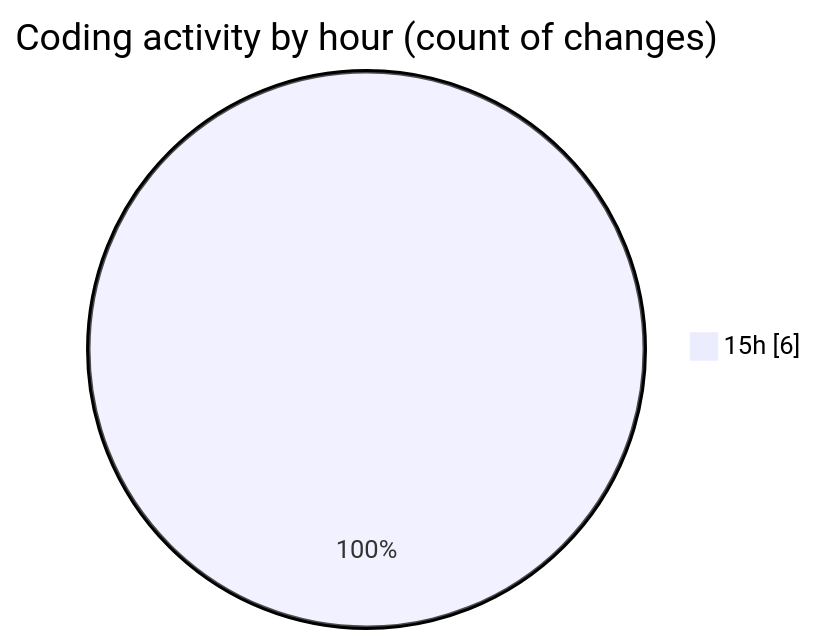
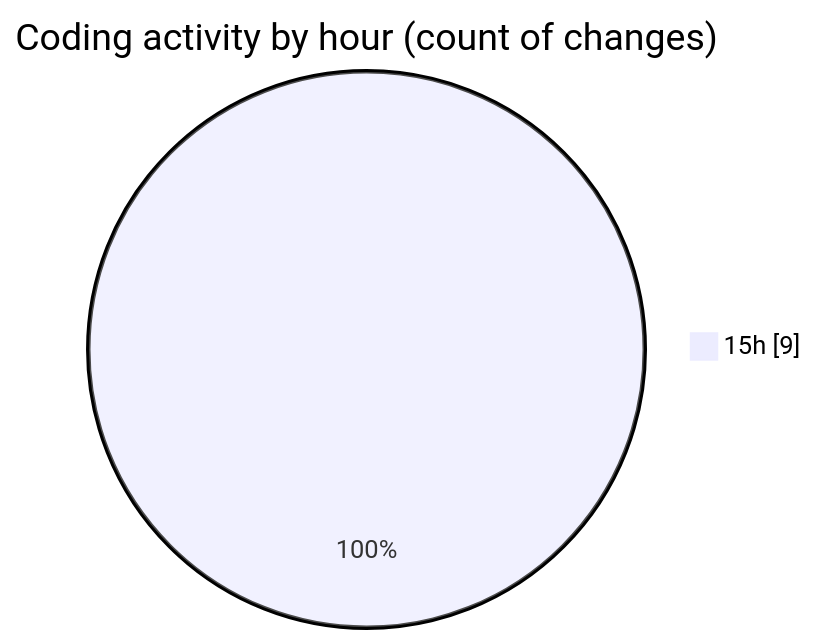
One commit to EIIisD/code-tracking changed the second of 2 diagrams in 2025-07-30/ellis-donovan/README.md. Above: the diagram before and after it, drawn with Mermaid. The commit also changed other lines of this file and 1 other file, not shown here.

````diff
--- a/2025-07-30/ellis-donovan/README.md
+++ b/2025-07-30/ellis-donovan/README.md
@@ -33,5 +35,5 @@
 ```mermaid
 pie showData
 title Coding activity by hour (count of changes)
-"15h" : 6
+"15h" : 9
 ```
````
